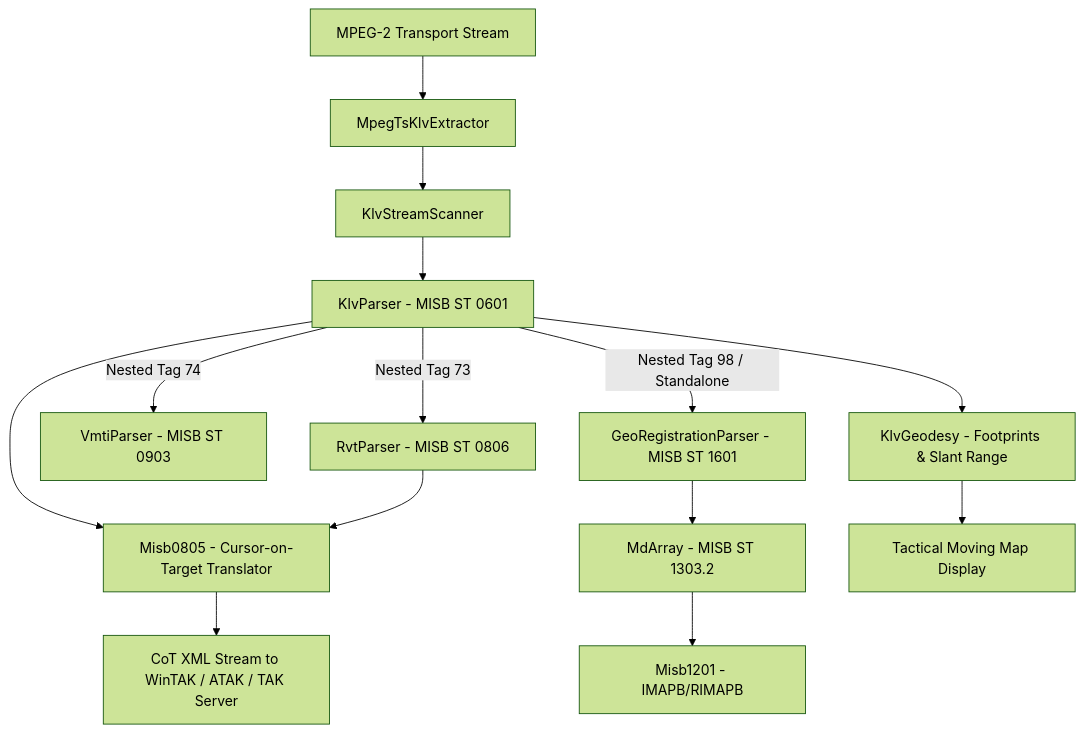
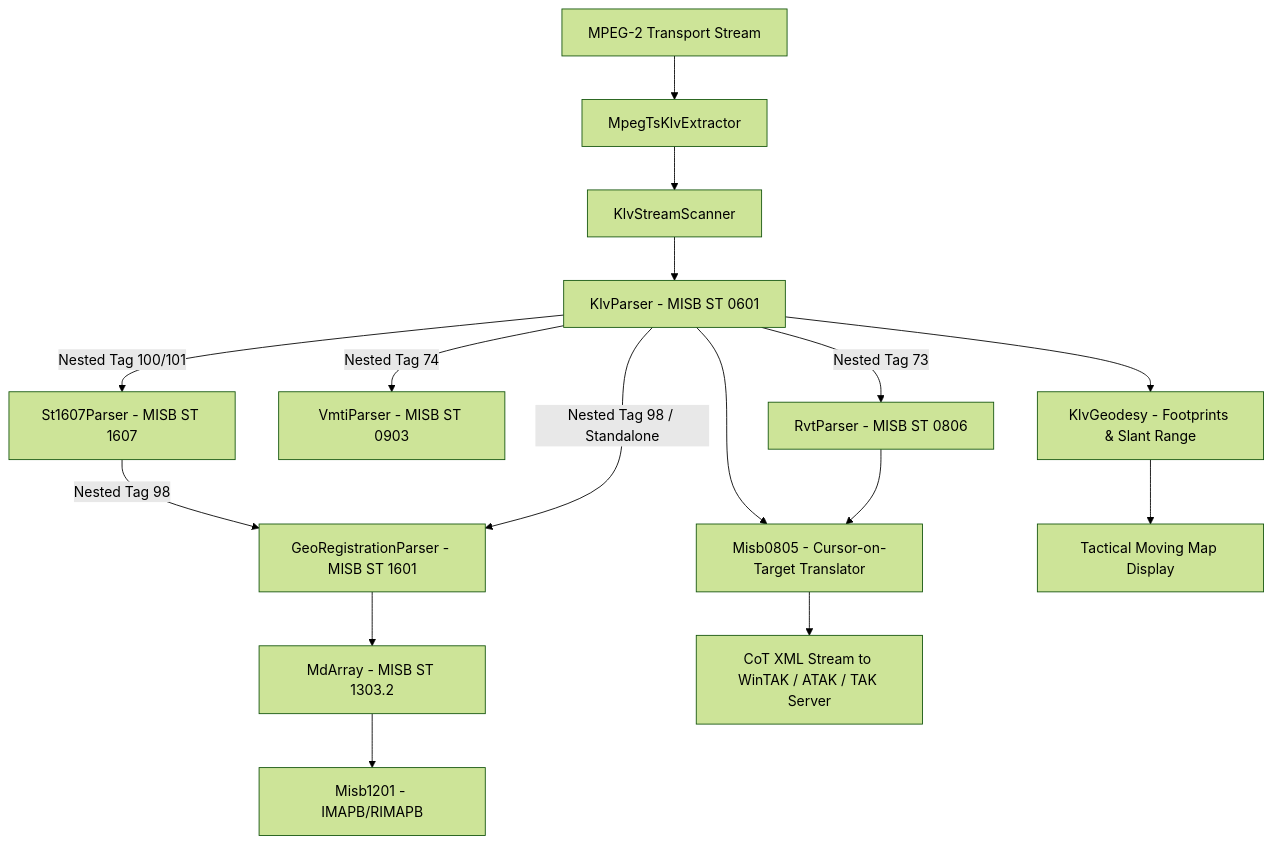
The diagram in docs/KLV_Features.md (svagionitis/PelcoD-Controller), drawn with Mermaid (forest theme) before and after one commit. The commit also changed other lines of this file and 14 other files, not shown here.

````diff
--- a/docs/KLV_Features.md
+++ b/docs/KLV_Features.md
@@ -87,20 +90,22 @@
 ```mermaid
 graph TD
     TS[MPEG-2 Transport Stream] --> Extractor[MpegTsKlvExtractor]
     Extractor --> Scanner[KlvStreamScanner]
     Scanner --> ST0601[KlvParser - MISB ST 0601]
 
     ST0601 -->|Nested Tag 73| RVT[RvtParser - MISB ST 0806]
     ST0601 -->|Nested Tag 74| VMTI[VmtiParser - MISB ST 0903]
-    ST0601 -->|Nested Tag 98 / Standalone| GEOR[GeoRegistrationParser - MISB ST 1601]
+    ST0601 -->|Nested Tag 100/101| ST1607[St1607Parser - MISB ST 1607]
+    ST1607 -->|Nested Tag 98| GEOR[GeoRegistrationParser - MISB ST 1601]
+    ST0601 -->|Nested Tag 98 / Standalone| GEOR
 
     GEOR --> MDARRAY[MdArray - MISB ST 1303.2]
     MDARRAY --> MISB1201[Misb1201 - IMAPB/RIMAPB]
 
     ST0601 --> GEODESY[KlvGeodesy - Footprints & Slant Range]
     ST0601 --> COT[Misb0805 - Cursor-on-Target Translator]
     RVT --> COT
 
     COT --> TAK[CoT XML Stream to WinTAK / ATAK / TAK Server]
     GEODESY --> MAP[Tactical Moving Map Display]
 ```
````
